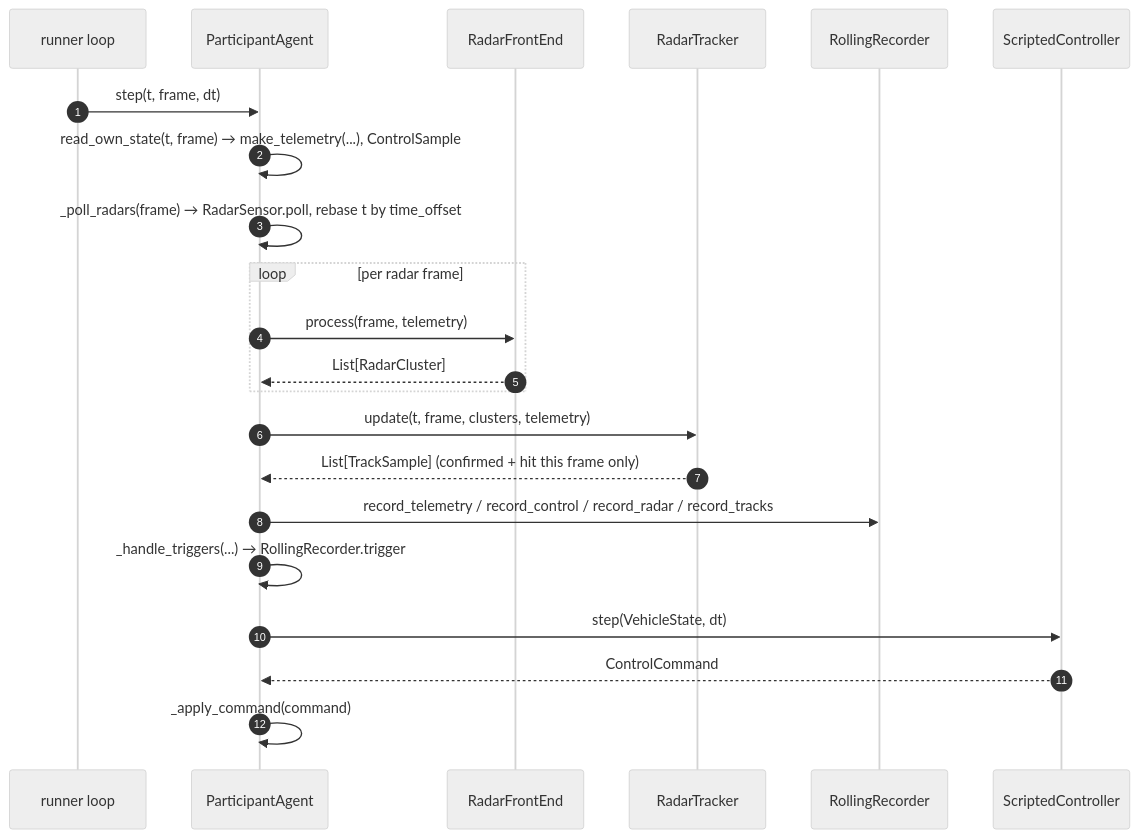
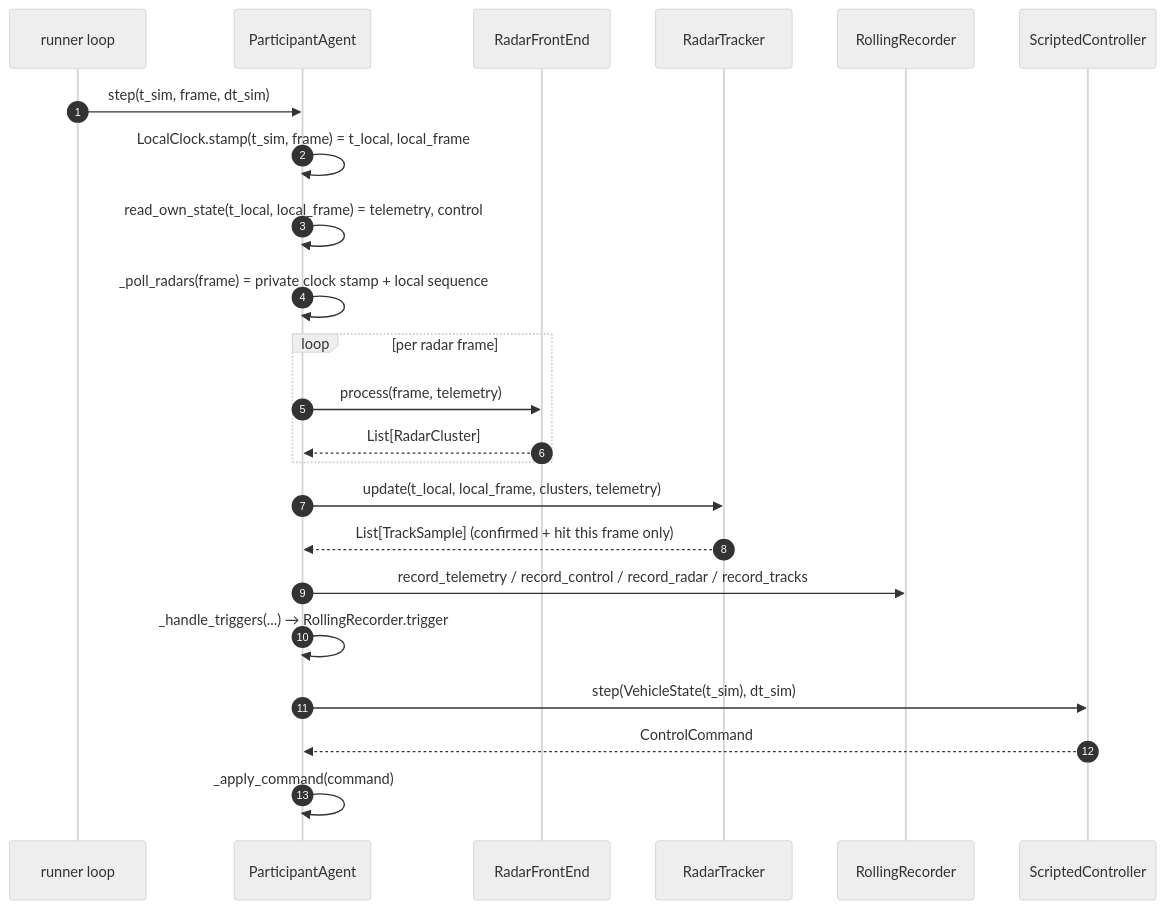
The second of 2 diagrams in docs/ARCHITECTURE.md (AndreaBedei1/causaldrive-forensics), drawn with Mermaid (neutral theme) before and after one commit. The commit also changed other lines of this file and 30 other files, not shown here.

````diff
--- a/docs/ARCHITECTURE.md
+++ b/docs/ARCHITECTURE.md
@@ -182,25 +191,26 @@
 ```mermaid
 sequenceDiagram
     autonumber
     participant R as runner loop
     participant A as ParticipantAgent
     participant FE as RadarFrontEnd
     participant TK as RadarTracker
     participant RC as RollingRecorder
     participant CT as ScriptedController
 
-    R->>A: step(t, frame, dt)
-    A->>A: read_own_state(t, frame) → make_telemetry(...), ControlSample
-    A->>A: _poll_radars(frame) → RadarSensor.poll, rebase t by time_offset
+    R->>A: step(t_sim, frame, dt_sim)
+    A->>A: LocalClock.stamp(t_sim, frame) = t_local, local_frame
+    A->>A: read_own_state(t_local, local_frame) = telemetry, control
+    A->>A: _poll_radars(frame) = private clock stamp + local sequence
     loop per radar frame
         A->>FE: process(frame, telemetry)
         FE-->>A: List[RadarCluster]
     end
-    A->>TK: update(t, frame, clusters, telemetry)
+    A->>TK: update(t_local, local_frame, clusters, telemetry)
     TK-->>A: List[TrackSample]  (confirmed + hit this frame only)
     A->>RC: record_telemetry / record_control / record_radar / record_tracks
     A->>A: _handle_triggers(...) → RollingRecorder.trigger
-    A->>CT: step(VehicleState, dt)
+    A->>CT: step(VehicleState(t_sim), dt_sim)
     CT-->>A: ControlCommand
     A->>A: _apply_command(command)
 ```
````
